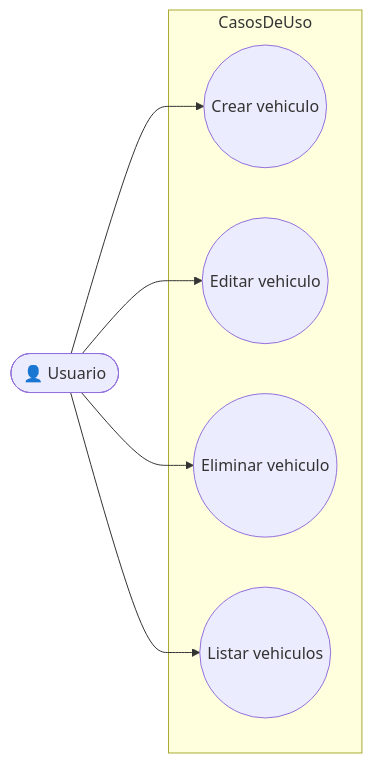
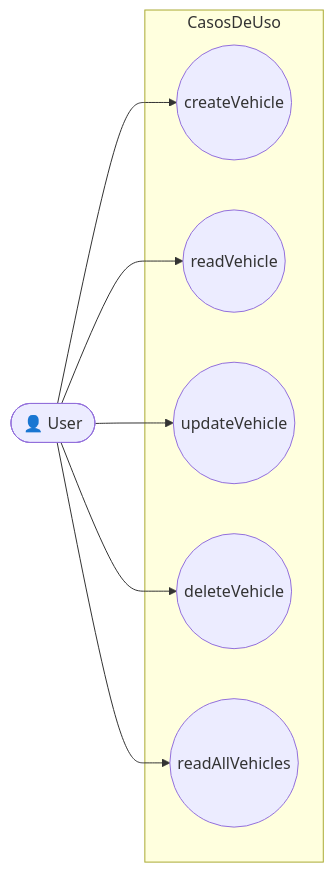
One commit to alex-boni/QuickStop changed the diagram in docs/Casos de Uso/Vehiculo-CU.md. Above: the diagram before and after it, drawn with Mermaid.

Commit message:
Update vehicle use case names and user label

````diff
--- a/docs/Casos de Uso/Vehiculo-CU.md
+++ b/docs/Casos de Uso/Vehiculo-CU.md
@@ -1,18 +1,20 @@
 ```mermaid
 flowchart LR
-  actorUser([👤 Usuario])
+  actorUser([👤 User])
 
   subgraph CasosDeUso
-    U1((Crear vehiculo))
-    U2((Editar vehiculo))
-    U3((Eliminar vehiculo))
-    U4((Listar vehiculos))
+    U1((createVehicle))
+    U2((readVehicle))
+    U3((updateVehicle))
+    U4((deleteVehicle))
+    U5((readAllVehicles))
 
   end
 
   actorUser --> U1
   actorUser --> U2
   actorUser --> U3
   actorUser --> U4
+  actorUser --> U5
 
 ```
````
